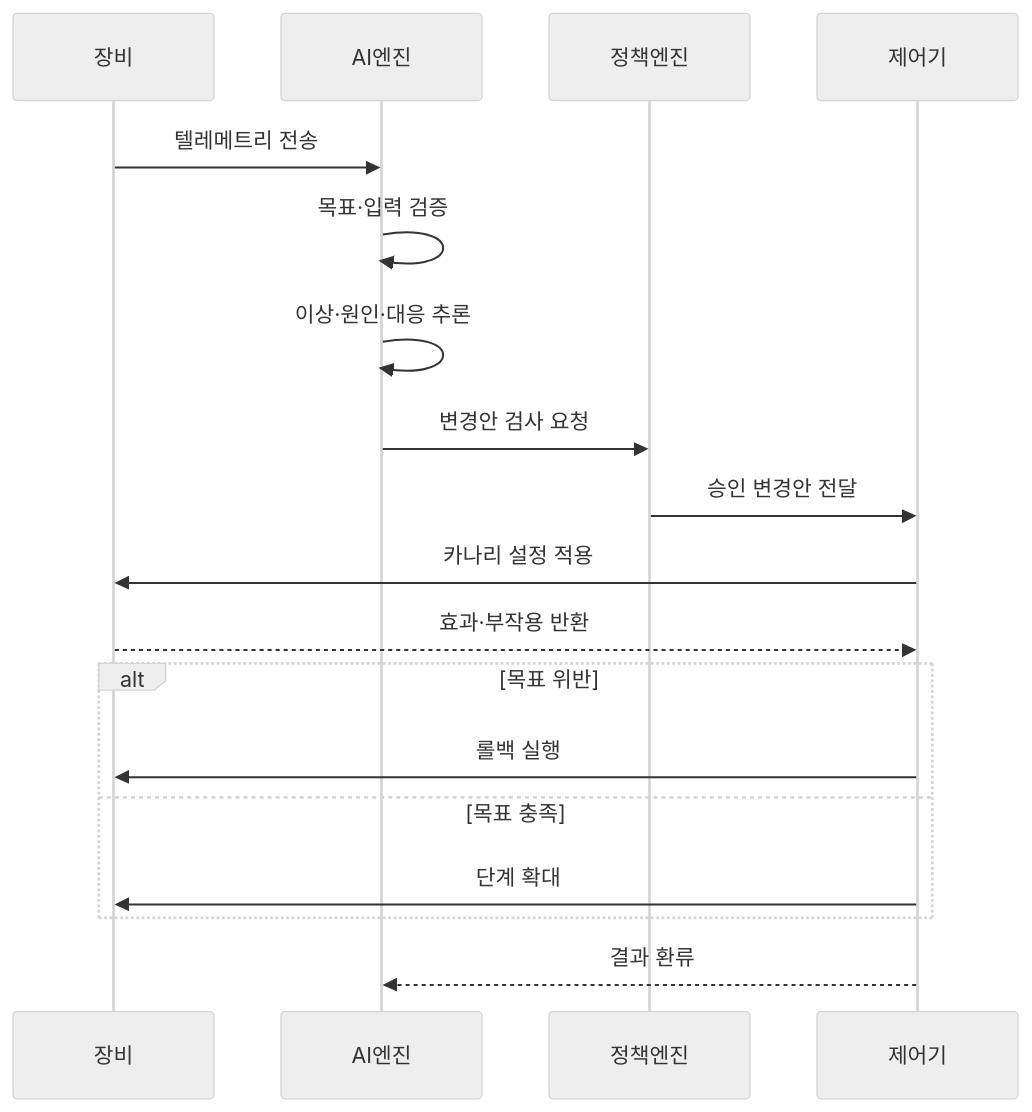
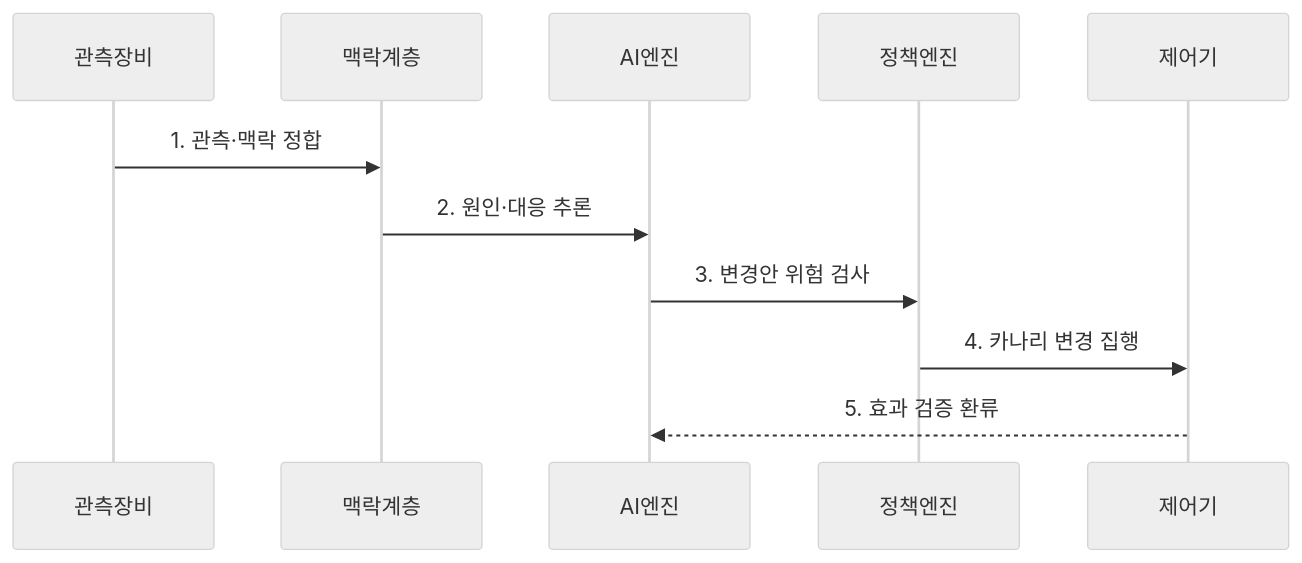
The second of 2 diagrams in src/content/docs/notes/04-network/098_ai_native_networking.md (agnusdei1207/knowledge-base), drawn with Mermaid (neutral theme) before and after one commit. The commit also changed other lines of this file and 21 other files, not shown here.

````diff
--- a/src/content/docs/notes/04-network/098_ai_native_networking.md
+++ b/src/content/docs/notes/04-network/098_ai_native_networking.md
@@ -81,20 +79,13 @@
 ```mermaid
 sequenceDiagram
-    participant 장비
+    participant 관측장비
+    participant 맥락계층
     participant AI엔진
     participant 정책엔진
     participant 제어기
-    장비->>AI엔진: 텔레메트리 전송
-    AI엔진->>AI엔진: 목표·입력 검증
-    AI엔진->>AI엔진: 이상·원인·대응 추론
-    AI엔진->>정책엔진: 변경안 검사 요청
-    정책엔진->>제어기: 승인 변경안 전달
-    제어기->>장비: 카나리 설정 적용
-    장비-->>제어기: 효과·부작용 반환
-    alt 목표 위반
-        제어기->>장비: 롤백 실행
-    else 목표 충족
-        제어기->>장비: 단계 확대
-    end
-    제어기-->>AI엔진: 결과 환류
+    관측장비->>맥락계층: 1. 관측·맥락 정합
+    맥락계층->>AI엔진: 2. 원인·대응 추론
+    AI엔진->>정책엔진: 3. 변경안 위험 검사
+    정책엔진->>제어기: 4. 카나리 변경 집행
+    제어기-->>AI엔진: 5. 효과 검증 환류
 ```
````
